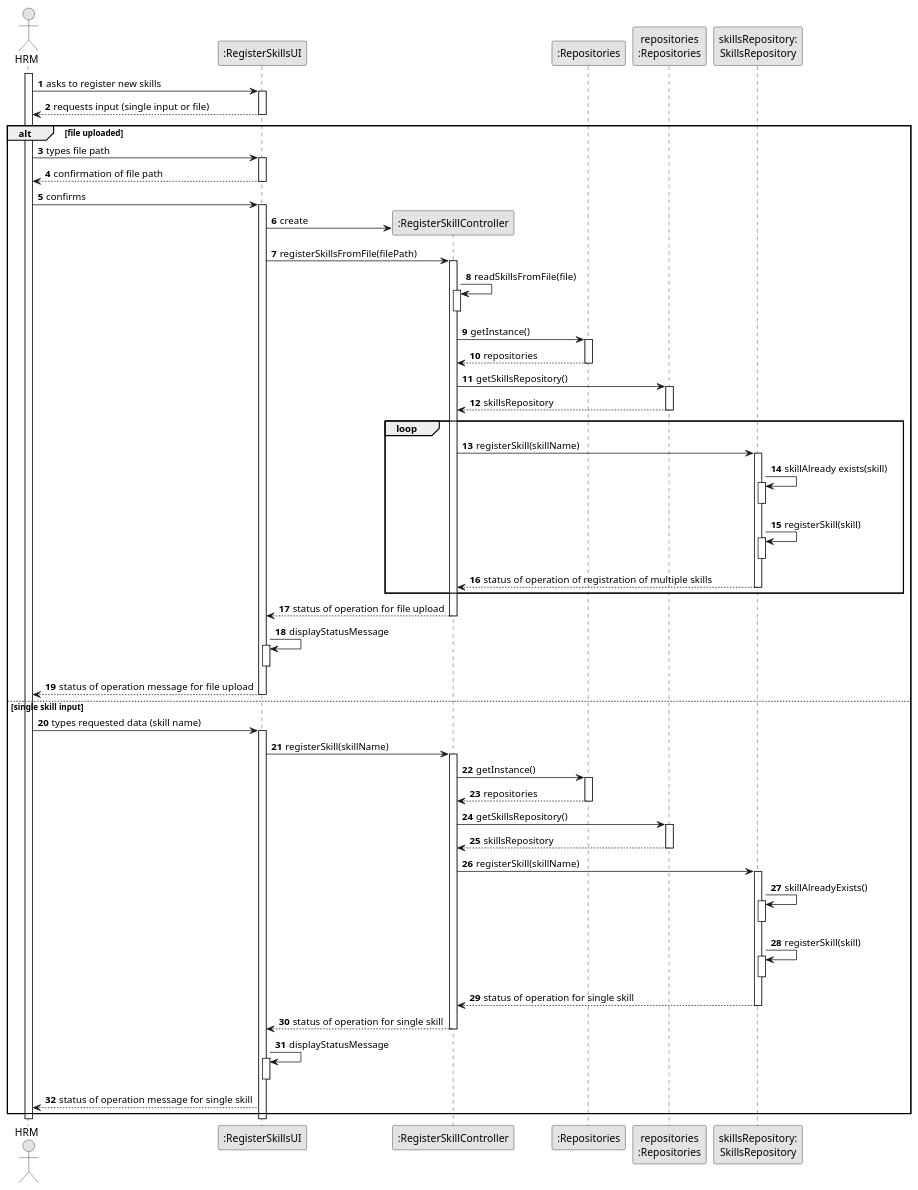
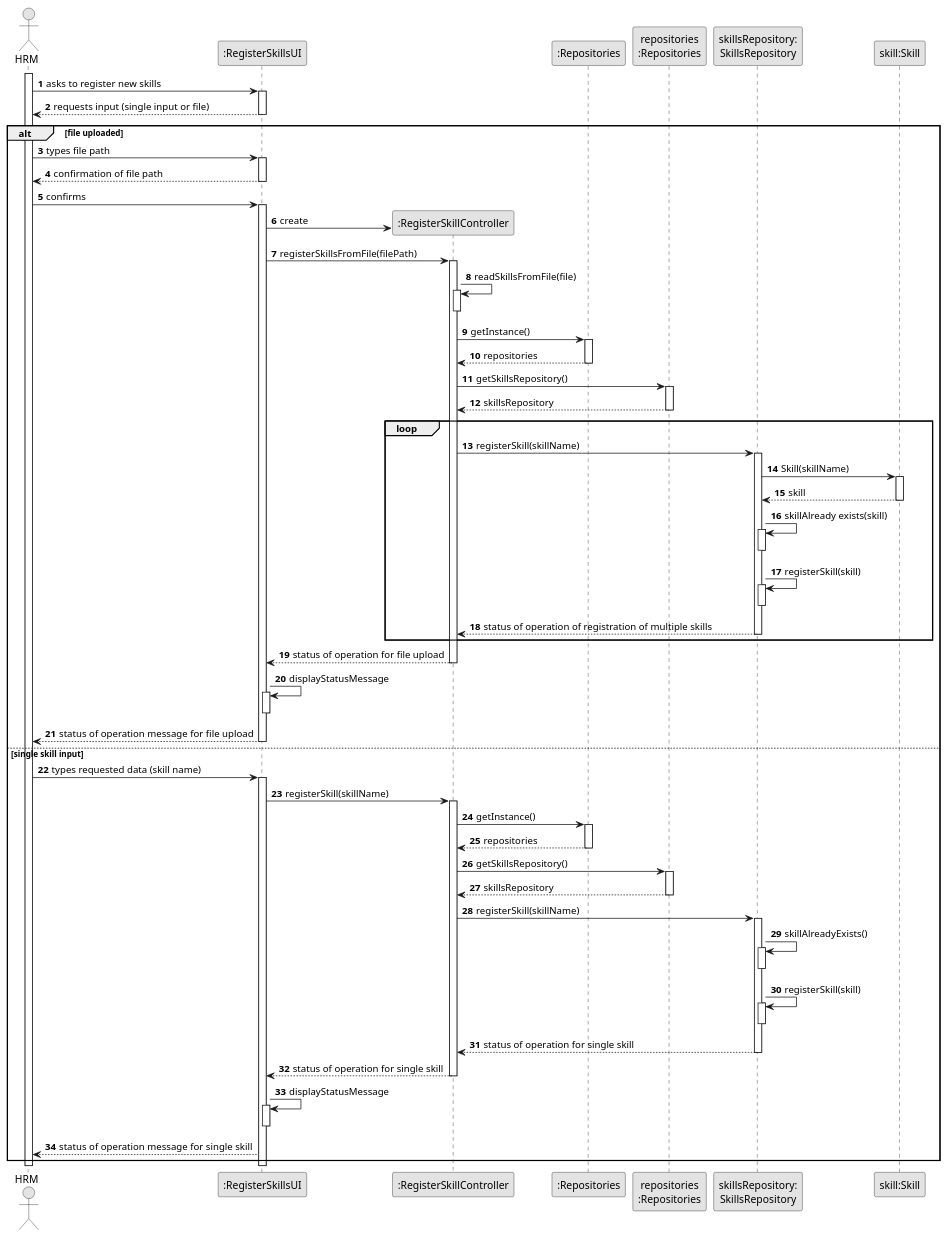
The diagram in docs/sprintB/us001/03.design/puml/us001-sequence-diagram-fullv2.puml (Departamento-de-Engenharia-Informatica/lei-24-s2-1do-g164), drawn with PlantUML before and after one commit.

Commit message:
US01(docs): small design sd changes

```diff
--- a/docs/sprintB/us001/03.design/puml/us001-sequence-diagram-fullv2.puml
+++ b/docs/sprintB/us001/03.design/puml/us001-sequence-diagram-fullv2.puml
@@ -1,134 +1,143 @@
 @startuml
 skinparam monochrome true
 skinparam packageStyle rectangle
 skinparam shadowing false
 
 autonumber
 
 'hide footbox
 actor "HRM" as ADM
 participant ":RegisterSkillsUI" as UI
 participant ":RegisterSkillController" as CTRL
 participant ":Repositories" as RepositorySingleton
 participant "repositories\n:Repositories" as PLAT
 participant "skillsRepository:\nSkillsRepository" as skillsRepository
+participant "skill:Skill" as skill
 
 
 activate ADM
 
     ADM -> UI : asks to register new skills
     activate UI
     UI --> ADM : requests input (single input or file)
     deactivate UI
 
 
 
     ' Branch for handling file upload
     alt file uploaded
 
 
 
             ADM -> UI : types file path
             activate UI
 
 
 
             UI --> ADM : confirmation of file path
             deactivate UI
 
             ADM -> UI : confirms
             activate UI
 
             UI -> CTRL** : create
         UI -> CTRL : registerSkillsFromFile(filePath)
         activate CTRL
 
         CTRL -> CTRL : readSkillsFromFile(file)
                 activate CTRL
                 deactivate CTRL
 
         CTRL -> RepositorySingleton : getInstance()
         activate RepositorySingleton
 
         RepositorySingleton --> CTRL: repositories
         deactivate RepositorySingleton
 
         CTRL -> PLAT : getSkillsRepository()
         activate PLAT
 
         PLAT --> CTRL: skillsRepository
         deactivate PLAT
 
         loop
 
         CTRL -> skillsRepository : registerSkill(skillName)
         activate skillsRepository
+
+        "skillsRepository" -> skill : Skill(skillName)
+        activate skill
+        "skillsRepository" <-- skill : skill
+        deactivate skill
+
         skillsRepository -> skillsRepository : skillAlready exists(skill)
         activate skillsRepository
         deactivate skillsRepository
+
+
         skillsRepository -> skillsRepository : registerSkill(skill)
         activate skillsRepository
         deactivate skillsRepository
         skillsRepository --> CTRL : status of operation of registration of multiple skills
         deactivate skillsRepository
 
         end
 
         CTRL --> UI : status of operation for file upload
         deactivate CTRL
         UI -> UI : displayStatusMessage
         activate UI
         deactivate UI
 
         UI --> ADM : status of operation message for file upload
         deactivate UI
     else single skill input
 
         ADM -> UI : types requested data (skill name)
             activate UI
 
 
         UI -> CTRL : registerSkill(skillName)
 
 
         activate CTRL
 
         CTRL -> RepositorySingleton : getInstance()
         activate RepositorySingleton
 
         RepositorySingleton --> CTRL: repositories
         deactivate RepositorySingleton
 
         CTRL -> PLAT : getSkillsRepository()
         activate PLAT
 
         PLAT --> CTRL: skillsRepository
         deactivate PLAT
 
         CTRL -> skillsRepository : registerSkill(skillName)
         activate skillsRepository
 
         skillsRepository -> skillsRepository : skillAlreadyExists()
         activate skillsRepository
         deactivate skillsRepository
         skillsRepository -> skillsRepository : registerSkill(skill)
         activate skillsRepository
         deactivate skillsRepository
         skillsRepository --> CTRL : status of operation for single skill
         deactivate skillsRepository
 
         CTRL --> UI : status of operation for single skill
         deactivate CTRL
 
         UI -> UI : displayStatusMessage
         activate UI
         deactivate UI
 
         UI --> ADM : status of operation message for single skill
     end
 
     deactivate UI
 
 deactivate ADM
 
 @enduml
```
